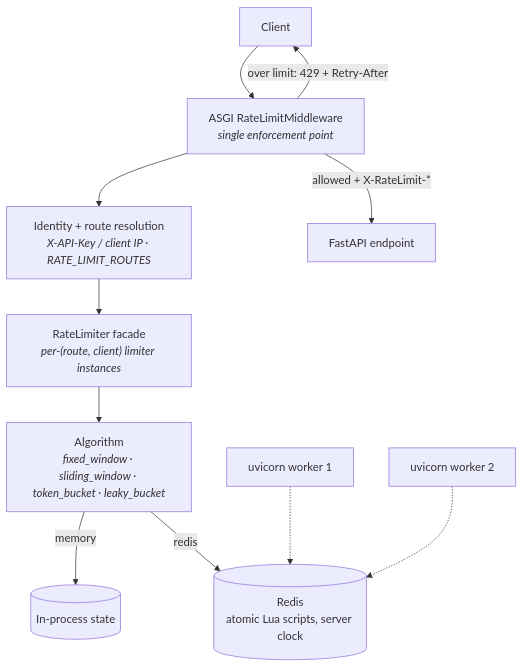
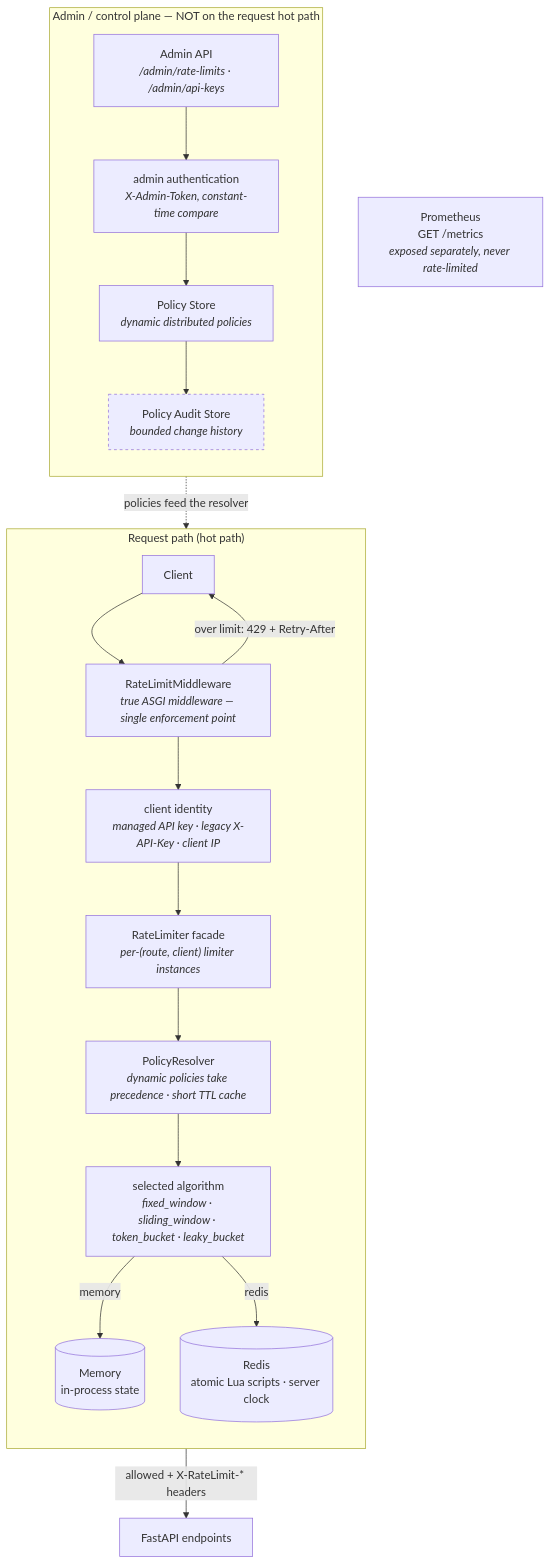
Before and after one commit to snadeem03/ratelimiter_rategaurd: the diagram in README.md, drawn with Mermaid.

Commit message:
docs: update Mermaid architecture diagram with hot path and control plane subgraphs

````diff
--- a/README.md
+++ b/README.md
@@ -78,13 +78,30 @@
 ```mermaid
 flowchart TD
-    C["Client"] --> MW["ASGI RateLimitMiddleware<br/><i>single enforcement point</i>"]
-    MW --> RES["Identity + route resolution<br/><i>X-API-Key / client IP · RATE_LIMIT_ROUTES</i>"]
-    RES --> FAC["RateLimiter facade<br/><i>per-(route, client) limiter instances</i>"]
-    FAC --> ALG["Algorithm<br/><i>fixed_window · sliding_window · token_bucket · leaky_bucket</i>"]
-    ALG -->|"memory"| MEM[("In-process state")]
-    ALG -->|"redis"| RED[("Redis<br/>atomic Lua scripts, server clock")]
-    MW -->|"allowed + X-RateLimit-*"| EP["FastAPI endpoint"]
+    subgraph HOT["Request path (hot path)"]
+        direction TB
+        C["Client"] --> MW["RateLimitMiddleware<br/><i>true ASGI middleware — single enforcement point</i>"]
+        MW --> ID["client identity<br/><i>managed API key · legacy X-API-Key · client IP</i>"]
+        ID --> FAC["RateLimiter facade<br/><i>per-(route, client) limiter instances</i>"]
+        FAC --> PR["PolicyResolver<br/><i>dynamic policies take precedence · short TTL cache</i>"]
+        PR --> ALG["selected algorithm<br/><i>fixed_window · sliding_window · token_bucket · leaky_bucket</i>"]
+        ALG -->|"memory"| MEM[("Memory<br/>in-process state")]
+        ALG -->|"redis"| RED[("Redis<br/>atomic Lua scripts · server clock")]
+    end
+
+    MW -->|"allowed + X-RateLimit-* headers"| EP["FastAPI endpoints"]
     MW -->|"over limit: 429 + Retry-After"| C
-    W1["uvicorn worker 1"] -.-> RED
-    W2["uvicorn worker 2"] -.-> RED
+
+    subgraph CTRL["Admin / control plane — NOT on the request hot path"]
+        direction TB
+        ADM["Admin API<br/><i>/admin/rate-limits · /admin/api-keys</i>"]
+        AUTH["admin authentication<br/><i>X-Admin-Token, constant-time compare</i>"]
+        PS["Policy Store<br/><i>dynamic distributed policies</i>"]
+        AS["Policy Audit Store<br/><i>bounded change history</i>"]
+        ADM --> AUTH --> PS --> AS
+    end
+
+    PS -.->|"policies feed the resolver"| PR
+    PROM["Prometheus<br/>GET /metrics<br/><i>exposed separately, never rate-limited</i>"]
+
+    style AS stroke-dasharray:4
 ```
````
